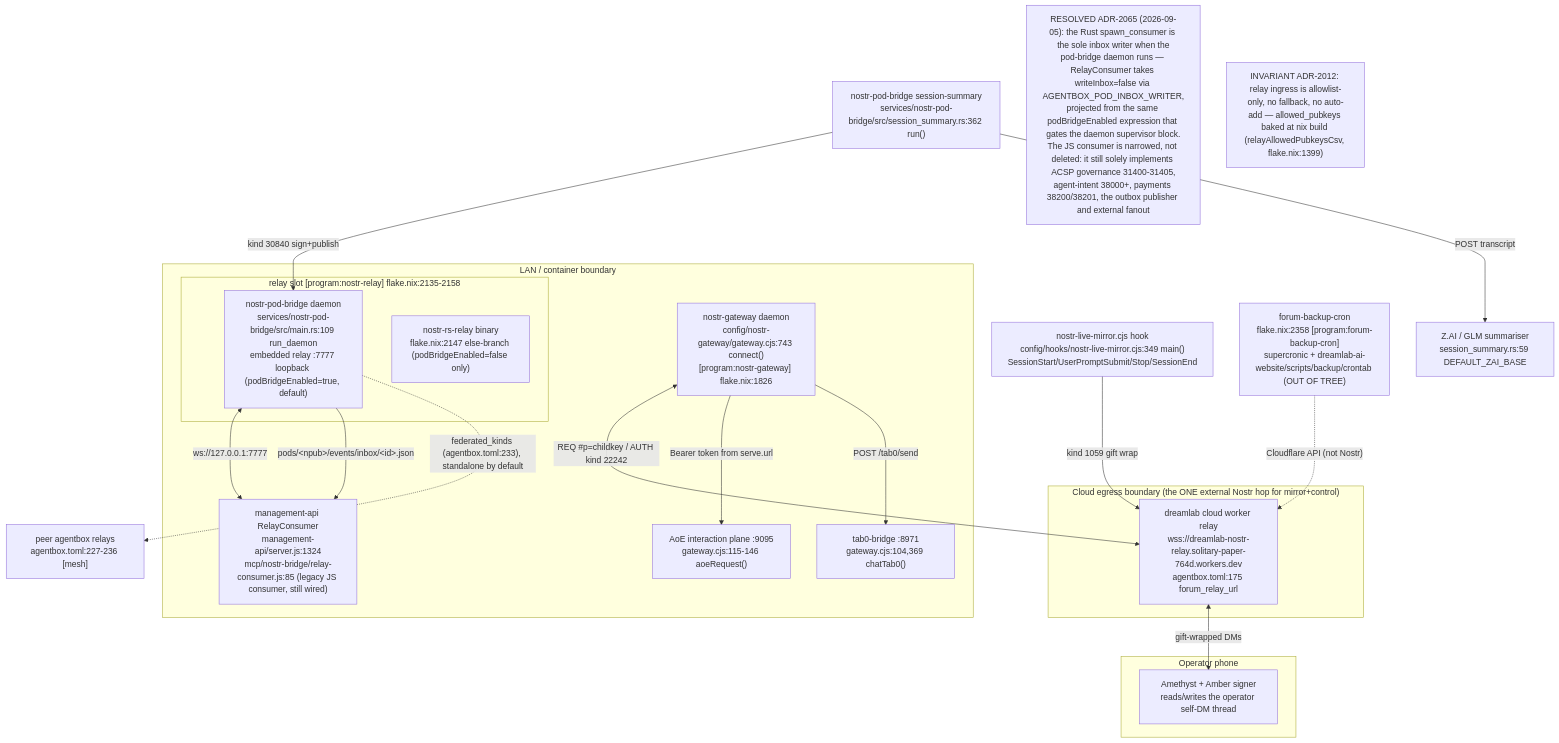
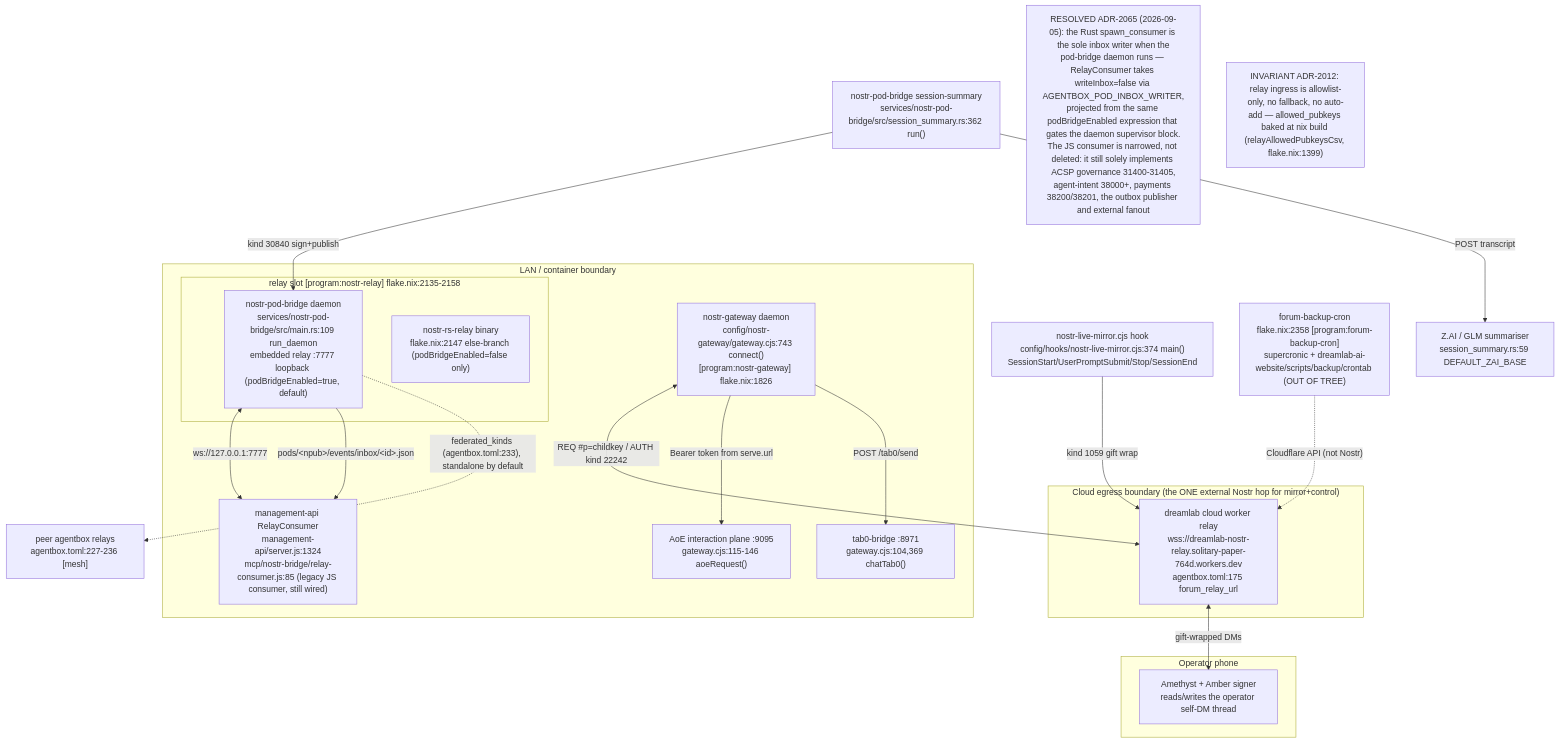
Before and after one commit to DreamLab-AI/AR-AI-Knowledge-Graph: the first of 17 diagrams in docs/diagrams/agentbox/13-nostr-relay-gateway-bridge-mirror.md, drawn with Mermaid. The commit also changed other lines of this file and 36 other files, not shown here.

````diff
--- a/docs/diagrams/agentbox/13-nostr-relay-gateway-bridge-mirror.md
+++ b/docs/diagrams/agentbox/13-nostr-relay-gateway-bridge-mirror.md
@@ -39,39 +39,39 @@
 ```mermaid
 flowchart TB
     subgraph lan["LAN / container boundary"]
         subgraph relayslot["relay slot [program:nostr-relay] flake.nix:2135-2158"]
             PB["nostr-pod-bridge daemon<br/>services/nostr-pod-bridge/src/main.rs:109 run_daemon<br/>embedded relay :7777 loopback (podBridgeEnabled=true, default)"]
             RS["nostr-rs-relay binary<br/>flake.nix:2147 else-branch (podBridgeEnabled=false only)"]
         end
         GW["nostr-gateway daemon<br/>config/nostr-gateway/gateway.cjs:743 connect()<br/>[program:nostr-gateway] flake.nix:1826"]
         MGMT["management-api RelayConsumer<br/>management-api/server.js:1324<br/>mcp/nostr-bridge/relay-consumer.js:85 (legacy JS consumer, still wired)"]
         AOE["AoE interaction plane :9095<br/>gateway.cjs:115-146 aoeRequest()"]
         TAB0["tab0-bridge :8971<br/>gateway.cjs:104,369 chatTab0()"]
     end
     subgraph cloud["Cloud egress boundary (the ONE external Nostr hop for mirror+control)"]
         CLOUD["dreamlab cloud worker relay<br/>wss://dreamlab-nostr-relay.solitary-paper-764d.workers.dev<br/>agentbox.toml:175 forum_relay_url"]
     end
     subgraph phone["Operator phone"]
         AME["Amethyst + Amber signer<br/>reads/writes the operator self-DM thread"]
     end
-    MIRROR["nostr-live-mirror.cjs hook<br/>config/hooks/nostr-live-mirror.cjs:349 main()<br/>SessionStart/UserPromptSubmit/Stop/SessionEnd"]
+    MIRROR["nostr-live-mirror.cjs hook<br/>config/hooks/nostr-live-mirror.cjs:374 main()<br/>SessionStart/UserPromptSubmit/Stop/SessionEnd"]
     DIGEST["nostr-pod-bridge session-summary<br/>services/nostr-pod-bridge/src/session_summary.rs:362 run()"]
     ZAI["Z.AI / GLM summariser<br/>session_summary.rs:59 DEFAULT_ZAI_BASE"]
     FORUM["forum-backup-cron<br/>flake.nix:2358 [program:forum-backup-cron]<br/>supercronic + dreamlab-ai-website/scripts/backup/crontab (OUT OF TREE)"]
     MESH["peer agentbox relays<br/>agentbox.toml:227-236 [mesh]"]
 
     MIRROR -->|"kind 1059 gift wrap"| CLOUD
     GW <-->|"REQ #p=childkey / AUTH kind 22242"| CLOUD
     CLOUD <-->|"gift-wrapped DMs"| AME
     DIGEST -->|"kind 30840 sign+publish"| PB
     DIGEST -->|"POST transcript"| ZAI
     PB <-->|"ws://127.0.0.1:7777"| MGMT
     PB -->|"pods/&lt;npub&gt;/events/inbox/&lt;id&gt;.json"| MGMT
     GW -->|"Bearer token from serve.url"| AOE
     GW -->|"POST /tab0/send"| TAB0
     PB -.->|"federated_kinds (agentbox.toml:233), standalone by default"| MESH
     FORUM -.->|"Cloudflare API (not Nostr)"| CLOUD
 
 N1["RESOLVED ADR-2065 (2026-09-05): the Rust spawn_consumer is the sole inbox writer when the<br/>pod-bridge daemon runs — RelayConsumer takes writeInbox=false via AGENTBOX_POD_INBOX_WRITER,<br/>projected from the same podBridgeEnabled expression that gates the daemon supervisor block.<br/>The JS consumer is narrowed, not deleted: it still solely implements ACSP governance 31400-31405,<br/>agent-intent 38000+, payments 38200/38201, the outbox publisher and external fanout"]
     N2["INVARIANT ADR-2012: relay ingress is allowlist-only, no fallback, no auto-add — allowed_pubkeys baked at nix build (relayAllowedPubkeysCsv, flake.nix:1399)"]
 ```
````
